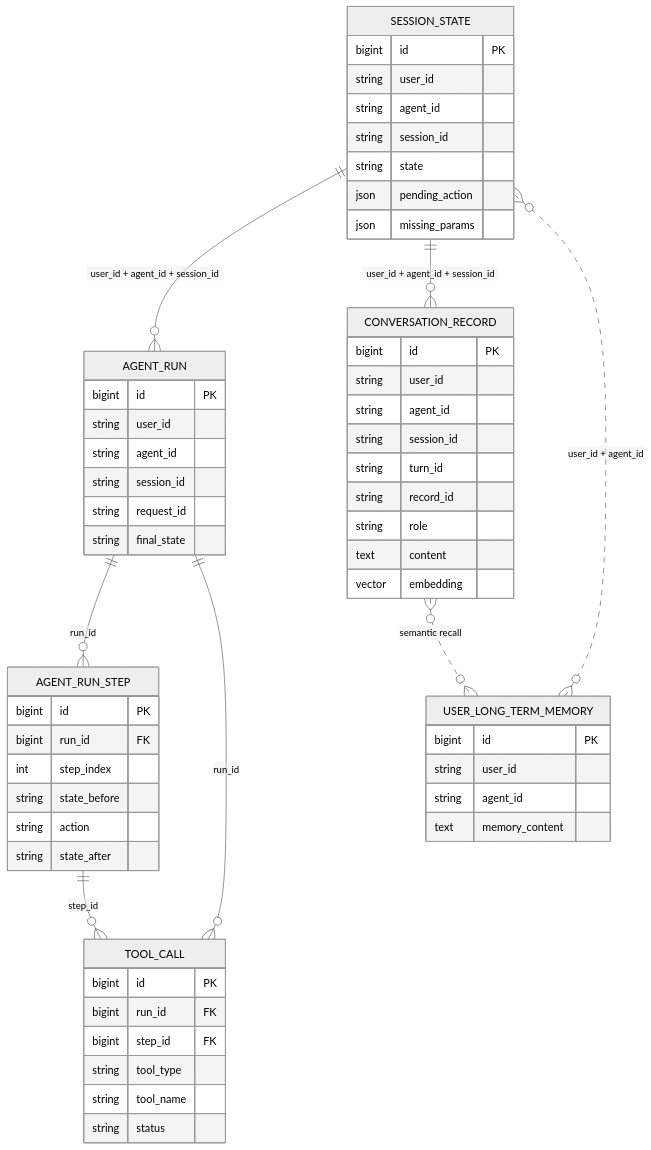
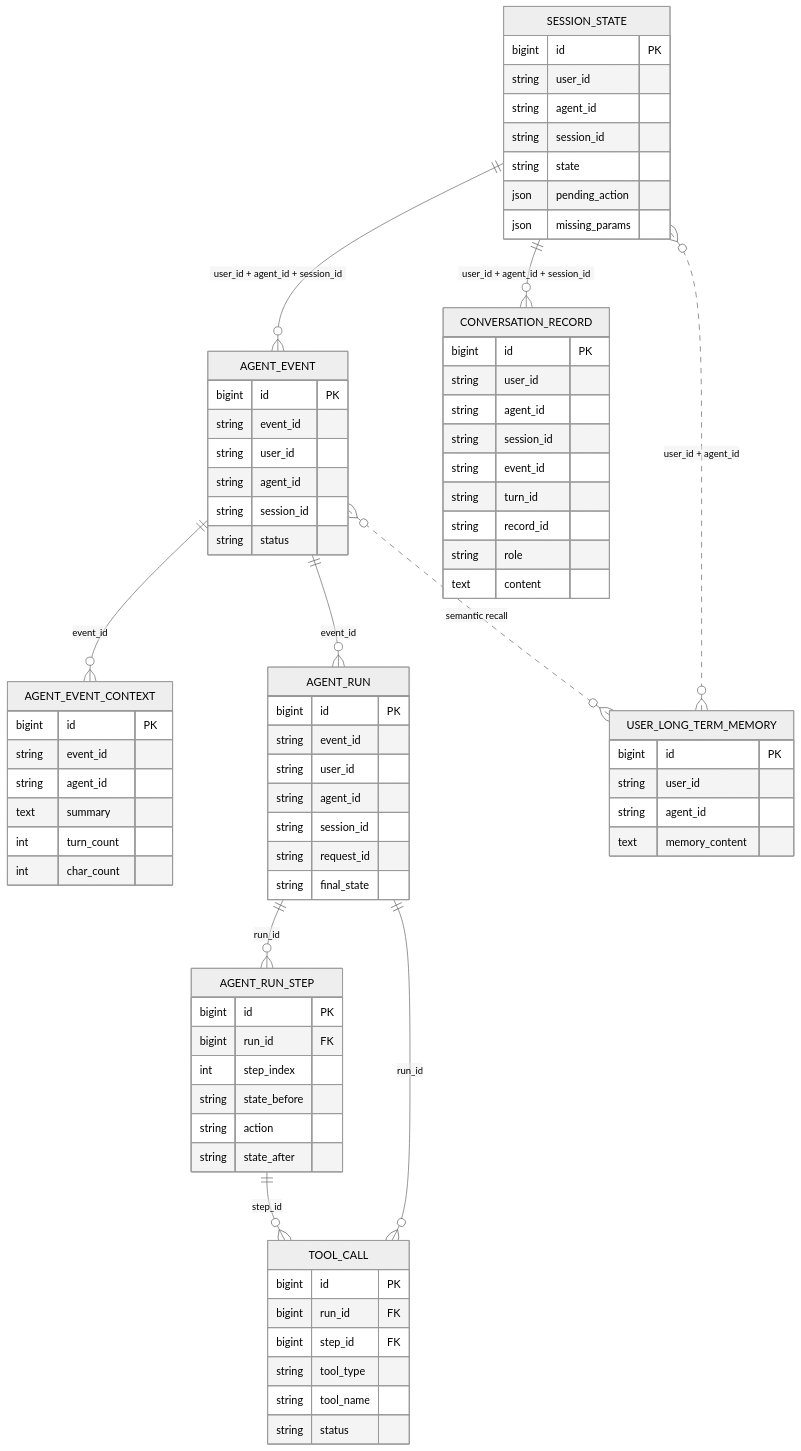
Before and after one commit to CodeDan-CN/web-agent-base: the diagram in docs/技术方案/技术方案.md, drawn with Mermaid (neutral theme). The commit also changed other lines of this file and 63 other files, not shown here.

````diff
--- a/docs/技术方案/技术方案.md
+++ b/docs/技术方案/技术方案.md
@@ -207,13 +202,15 @@
 ```mermaid
 erDiagram
-    SESSION_STATE ||--o{ AGENT_RUN : "user_id + agent_id + session_id"
+    SESSION_STATE ||--o{ AGENT_EVENT : "user_id + agent_id + session_id"
+    AGENT_EVENT ||--o{ AGENT_EVENT_CONTEXT : "event_id"
+    AGENT_EVENT ||--o{ AGENT_RUN : "event_id"
     AGENT_RUN ||--o{ AGENT_RUN_STEP : "run_id"
     AGENT_RUN_STEP ||--o{ TOOL_CALL : "step_id"
     AGENT_RUN ||--o{ TOOL_CALL : "run_id"
 
     SESSION_STATE ||--o{ CONVERSATION_RECORD : "user_id + agent_id + session_id"
     USER_LONG_TERM_MEMORY }o..o{ SESSION_STATE : "user_id + agent_id"
-    CONVERSATION_RECORD }o..o{ USER_LONG_TERM_MEMORY : "semantic recall"
+    AGENT_EVENT }o..o{ USER_LONG_TERM_MEMORY : "semantic recall"
 
     USER_LONG_TERM_MEMORY {
         bigint id PK
@@ -237,15 +234,34 @@
         string user_id
         string agent_id
         string session_id
+        string event_id
         string turn_id
         string record_id
         string role
         text content
-        vector embedding
+    }
+
+    AGENT_EVENT {
+        bigint id PK
+        string event_id
+        string user_id
+        string agent_id
+        string session_id
+        string status
+    }
+
+    AGENT_EVENT_CONTEXT {
+        bigint id PK
+        string event_id
+        string agent_id
+        text summary
+        int turn_count
+        int char_count
     }
 
     AGENT_RUN {
         bigint id PK
+        string event_id
         string user_id
         string agent_id
         string session_id
````
